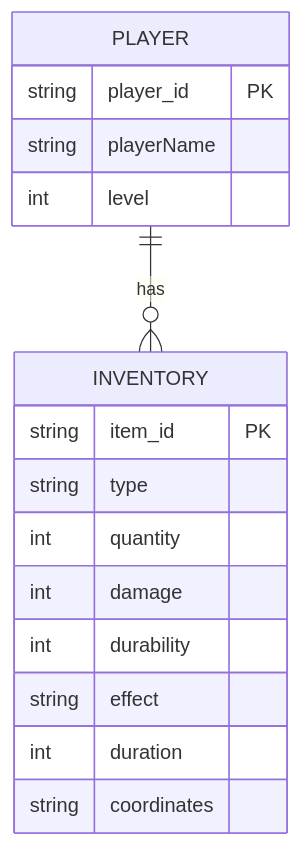
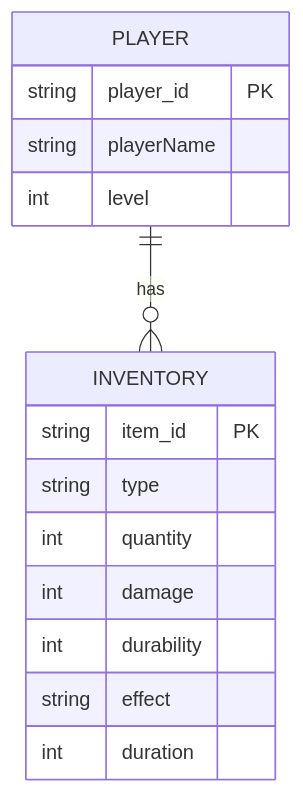
Before and after one commit to Rosario-sanchez-marin/RPG-Inventory-System: the diagram in project-root/docs/schema.md, drawn with Mermaid.

````diff
--- a/project-root/docs/schema.md
+++ b/project-root/docs/schema.md
@@ -3,22 +3,21 @@
 ```mermaid   
 
 erDiagram
     PLAYER {
         string player_id PK
         string playerName
         int level
     }
     INVENTORY {
         string item_id PK
         string type
         int quantity
         int damage
         int durability
         string effect
         int duration
-        string coordinates
     }
 
     PLAYER ||--o{ INVENTORY : has
 
 ```
````
